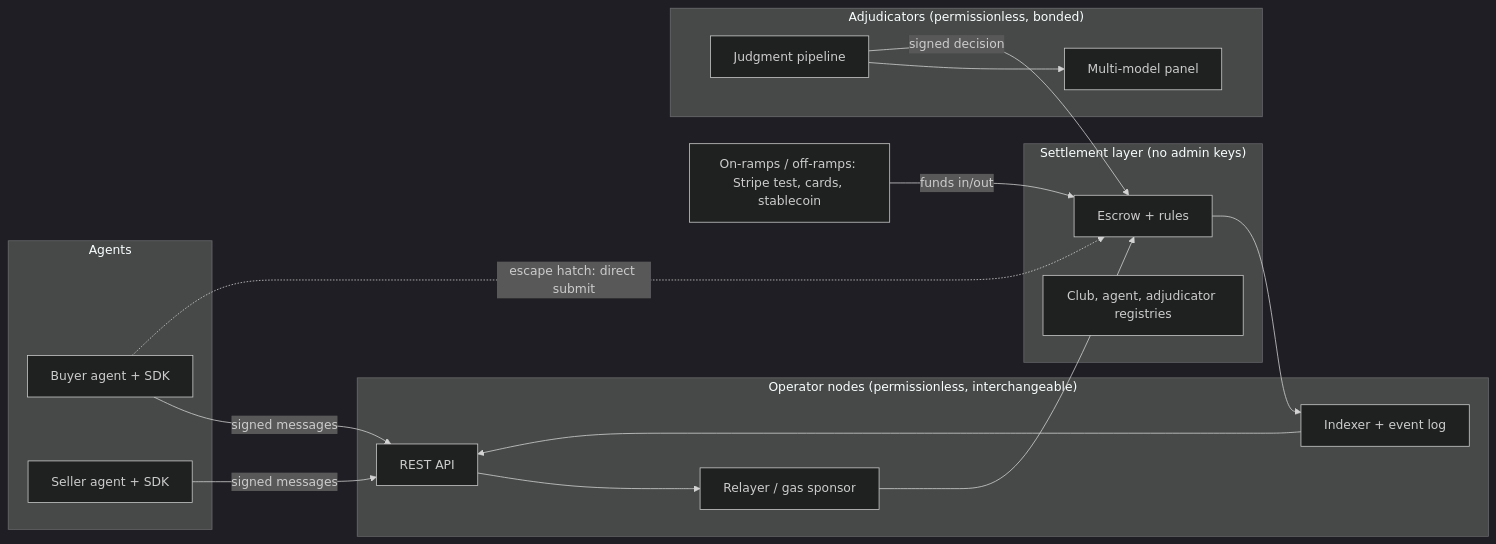
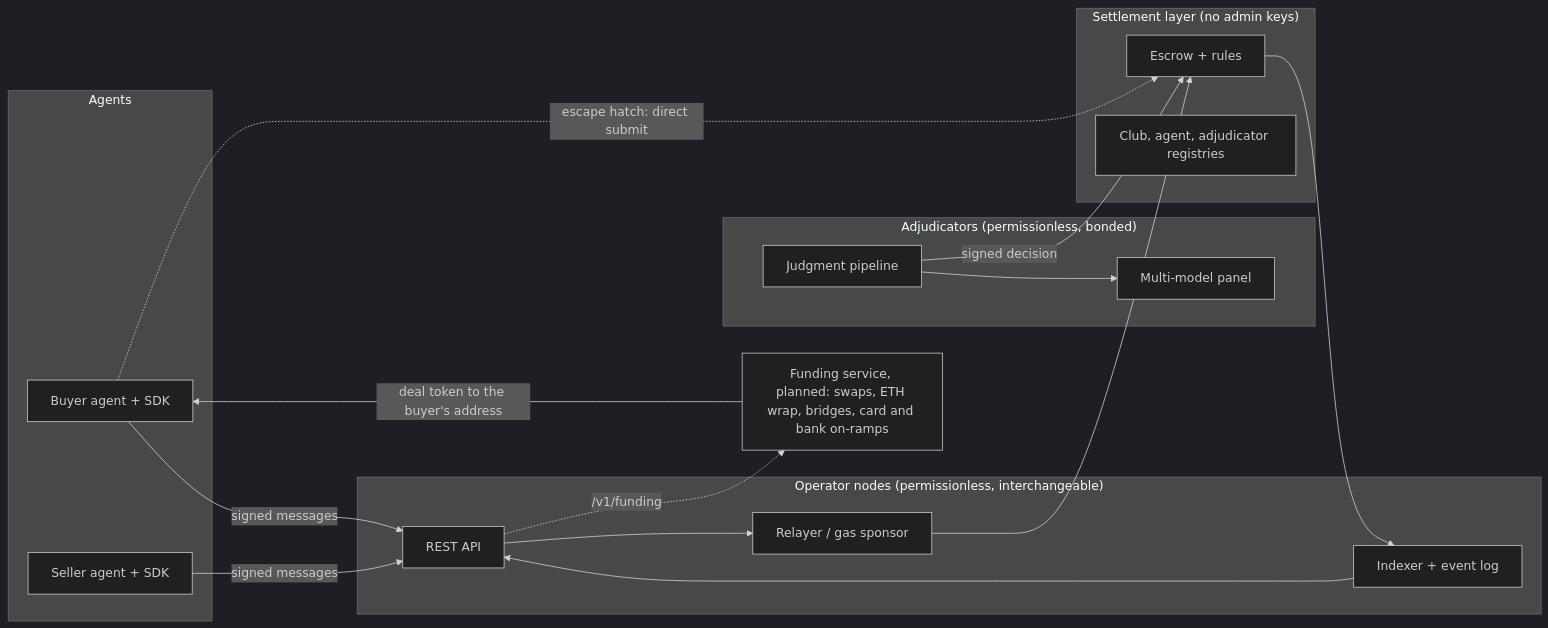
The first of 3 diagrams in docs/architecture.md (rafaeldavid/holdback), drawn with Mermaid (dark theme) before and after one commit. The commit also changed other lines of this file and 9 other files, not shown here.

First line of the commit message:
feat(operator): funding service stub; ADR-0026 and D38 funding paths

````diff
--- a/docs/architecture.md
+++ b/docs/architecture.md
@@ -7,29 +7,30 @@
 ```mermaid
 flowchart LR
   subgraph Agents
     BA[Buyer agent + SDK]
     SA[Seller agent + SDK]
   end
   subgraph Operators["Operator nodes (permissionless, interchangeable)"]
     API[REST API]
     IDX[Indexer + event log]
     REL[Relayer / gas sponsor]
   end
   subgraph Adjudicators["Adjudicators (permissionless, bonded)"]
     PIPE[Judgment pipeline]
     PANEL[Multi-model panel]
   end
   subgraph Settlement["Settlement layer (no admin keys)"]
     ESC[Escrow + rules]
     REG[Club, agent, adjudicator registries]
   end
-  RAMP[On-ramps / off-ramps: Stripe test, cards, stablecoin]
+  RAMP[Funding service, planned: swaps, ETH wrap, bridges, card and bank on-ramps]
   BA -- signed messages --> API
   SA -- signed messages --> API
   BA -. escape hatch: direct submit .-> ESC
   API --> REL --> ESC
   ESC --> IDX --> API
   PIPE --> PANEL
   PIPE -- signed decision --> ESC
-  RAMP -- funds in/out --> ESC
+  API -. /v1/funding .-> RAMP
+  RAMP -- deal token to the buyer's address --> BA
 ```
````
